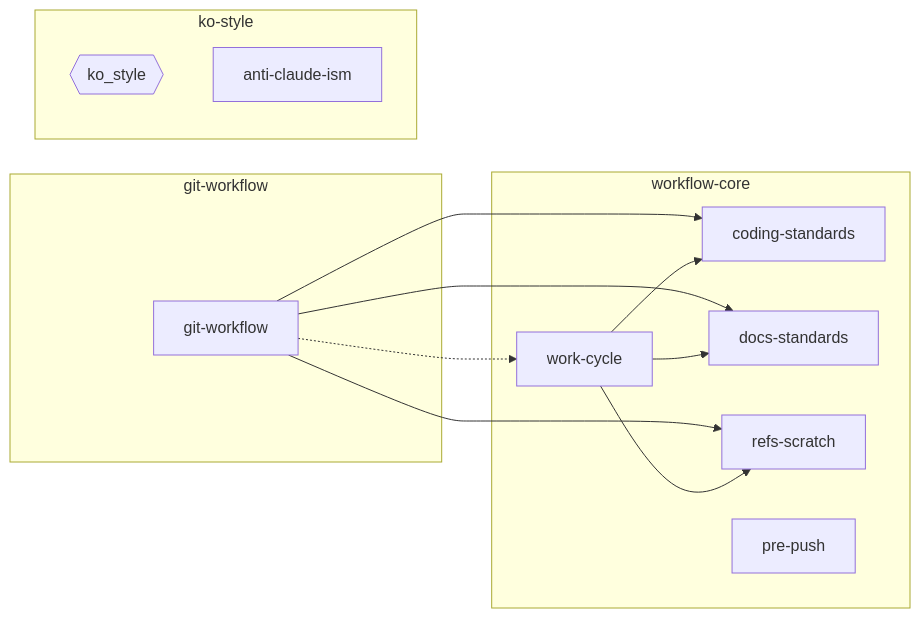
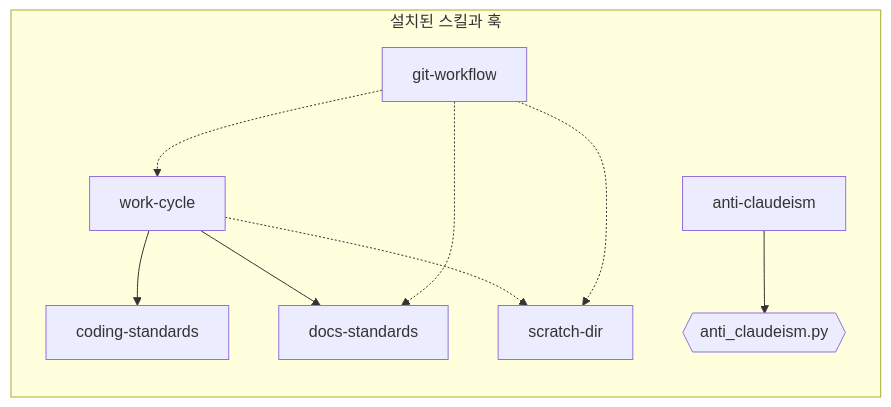
One commit to nil-park/claude-workflow-kit changed the diagram in docs/architecture/component-dependency.md. Above: the diagram before and after it, drawn with Mermaid. The commit also changed other lines of this file and 50 other files, not shown here.

````diff
--- a/docs/architecture/component-dependency.md
+++ b/docs/architecture/component-dependency.md
@@ -3,25 +3,20 @@
 ```mermaid
 flowchart LR
-  subgraph gw["git-workflow"]
-    gwf["git-workflow"]
-  end
-  subgraph wc["workflow-core"]
-    cyc["work-cycle"]
+  subgraph inst["설치된 스킬과 훅"]
+    wc["work-cycle"]
     cs["coding-standards"]
     ds["docs-standards"]
-    rs["refs-scratch"]
-    pp["pre-push"]
-  end
-  subgraph ks["ko-style"]
-    hook{{"ko_style"}}
-    aci["anti-claude-ism"]
+    sd["scratch-dir"]
+    gw["git-workflow"]
+    ac["anti-claudeism"]
+    hook{{"anti_claudeism.py"}}
   end
 
-  gwf --> cs
-  gwf --> ds
-  gwf --> rs
-  gwf -.-> cyc
-  cyc --> cs
-  cyc --> ds
-  cyc --> rs
+  wc --> cs
+  wc --> ds
+  wc -.-> sd
+  gw -.-> wc
+  gw -.-> ds
+  gw -.-> sd
+  ac --> hook
 ```
````
